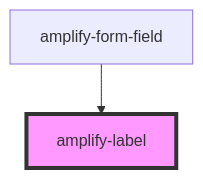
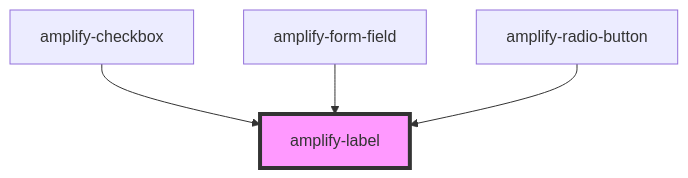
Before and after one commit to OneDev0411/amplify-js: the diagram in packages/amplify-ui-components/src/components/amplify-label/readme.md, drawn with Mermaid. The commit also changed other lines of this file and 33 other files, not shown here.

First line of the commit message:
feat:(Ui components/form: Select, Checkbox, Radio Button Components) (#3837)

````diff
--- a/packages/amplify-ui-components/src/components/amplify-label/readme.md
+++ b/packages/amplify-ui-components/src/components/amplify-label/readme.md
@@ -23,5 +25,7 @@
 ```mermaid
 graph TD;
+  amplify-checkbox --> amplify-label
   amplify-form-field --> amplify-label
+  amplify-radio-button --> amplify-label
   style amplify-label fill:#f9f,stroke:#333,stroke-width:4px
 ```
````
